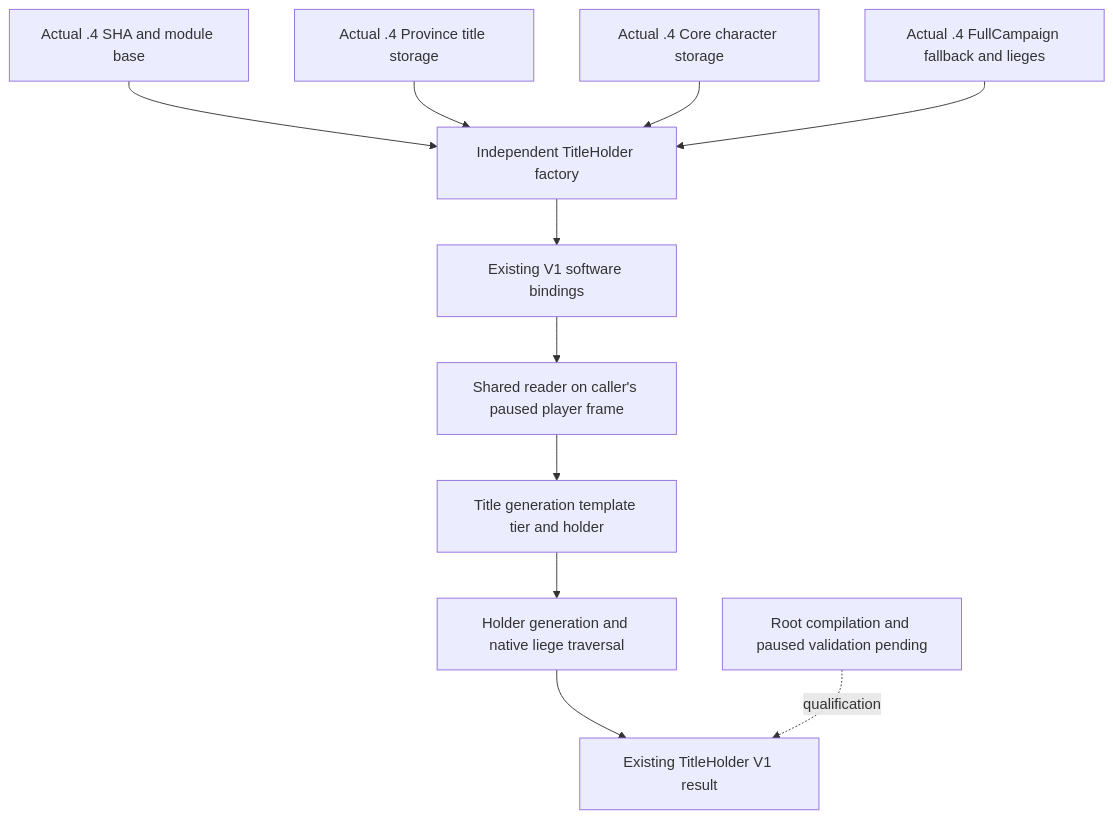
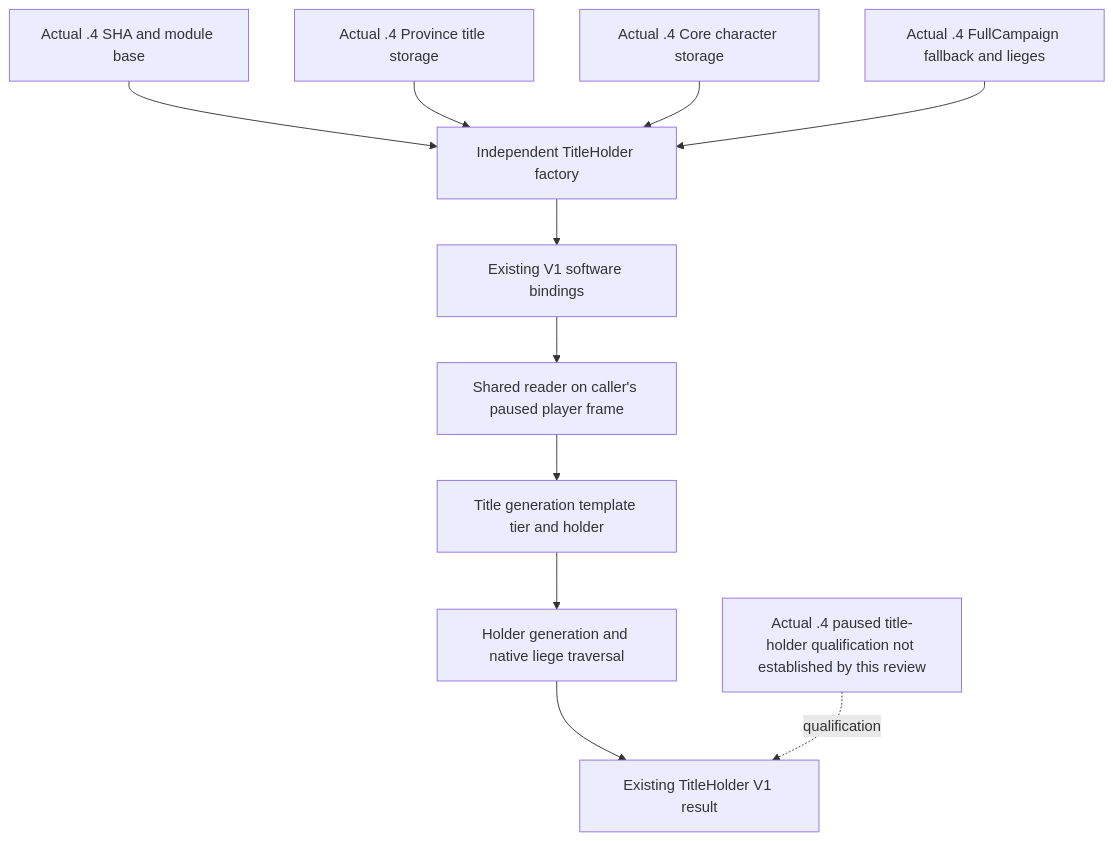
One commit to XenoAmess/ck3_eternal_recurrence changed the diagram in docs/ck3-native-ai/title-holder-12004.md. Above: the diagram before and after it, drawn with Mermaid. The commit also changed other lines of this file and 87 other files, not shown here.

````diff
--- a/docs/ck3-native-ai/title-holder-12004.md
+++ b/docs/ck3-native-ai/title-holder-12004.md
@@ -23,13 +23,13 @@
 ```mermaid
 flowchart TD
   I[Actual .4 SHA and module base] --> B[Independent TitleHolder factory]
   P[Actual .4 Province title storage] --> B
   C[Actual .4 Core character storage] --> B
   F[Actual .4 FullCampaign fallback and lieges] --> B
   B --> D[Existing V1 software bindings]
   D --> R[Shared reader on caller's paused player frame]
   R --> T[Title generation template tier and holder]
   T --> L[Holder generation and native liege traversal]
   L --> O[Existing TitleHolder V1 result]
-  Q[Root compilation and paused validation pending] -. qualification .-> O
+  Q[Actual .4 paused title-holder qualification not established by this review] -. qualification .-> O
 ```
````
